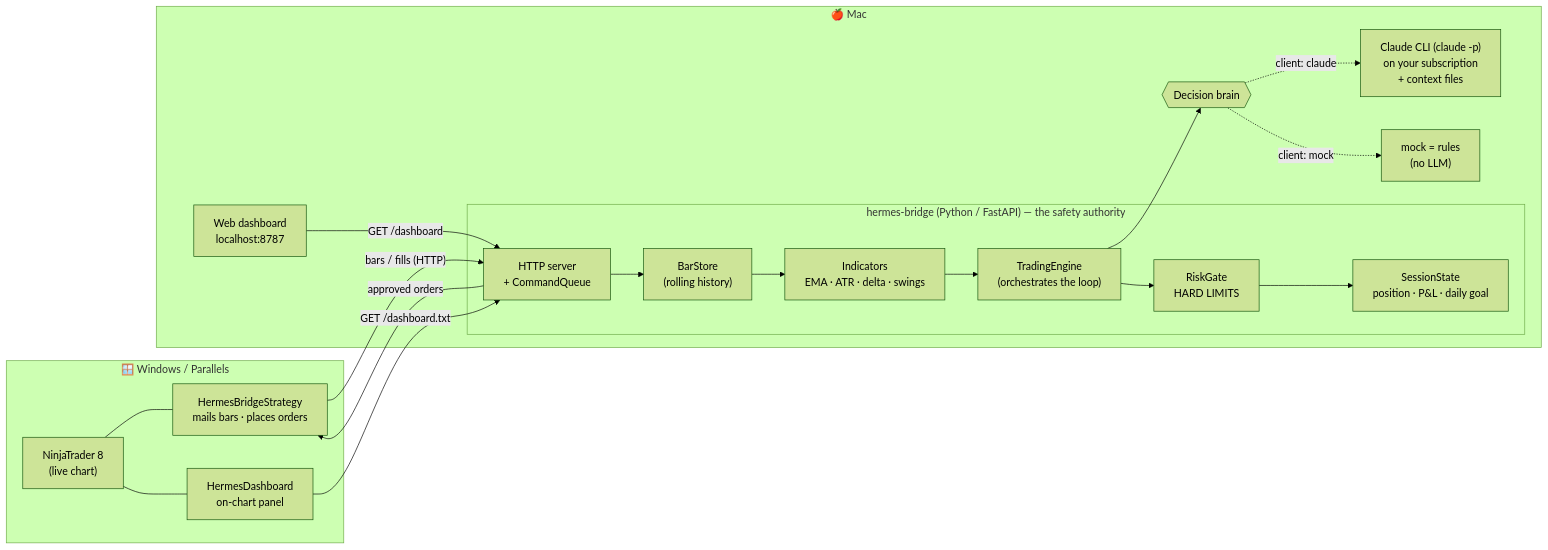
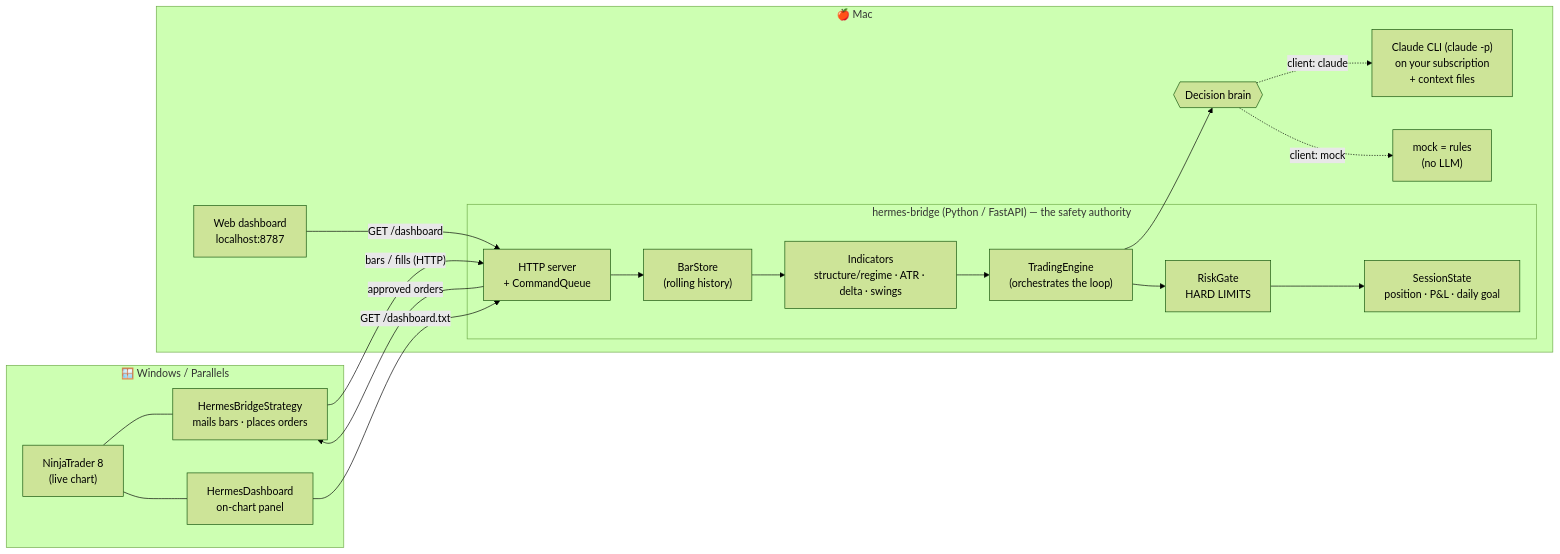
Before and after one commit to rrhodeswebdev/hermes-agent-nt: the first of 3 diagrams in docs/WALKTHROUGH.md, drawn with Mermaid (forest theme). The commit also changed other lines of this file and 40 other files, not shown here.

````diff
--- a/docs/WALKTHROUGH.md
+++ b/docs/WALKTHROUGH.md
@@ -42,35 +42,35 @@
 ```mermaid
 flowchart LR
     subgraph WIN["🪟 Windows / Parallels"]
         NT["NinjaTrader 8<br/>(live chart)"]
         STRAT["HermesBridgeStrategy<br/>mails bars · places orders"]
         PANEL["HermesDashboard<br/>on-chart panel"]
         NT --- STRAT
         NT --- PANEL
     end
 
     subgraph MAC["🍎 Mac"]
         subgraph BR["hermes-bridge (Python / FastAPI) — the safety authority"]
             SRV["HTTP server<br/>+ CommandQueue"]
             STORE["BarStore<br/>(rolling history)"]
-            IND["Indicators<br/>EMA · ATR · delta · swings"]
+            IND["Indicators<br/>structure/regime · ATR · delta · swings"]
             ENG["TradingEngine<br/>(orchestrates the loop)"]
             SESS["SessionState<br/>position · P&amp;L · daily goal"]
             RISK["RiskGate<br/>HARD LIMITS"]
         end
         BRAIN{{"Decision brain"}}
         MOCK["mock = rules<br/>(no LLM)"]
         CLAUDE["Claude CLI (claude -p)<br/>on your subscription<br/>+ context files"]
         WEB["Web dashboard<br/>localhost:8787"]
     end
 
     STRAT -- "bars / fills (HTTP)" --> SRV
     SRV -- "approved orders" --> STRAT
     SRV --> STORE --> IND --> ENG
     ENG --> BRAIN
     BRAIN -. "client: claude" .-> CLAUDE
     BRAIN -. "client: mock" .-> MOCK
     ENG --> RISK --> SESS
     PANEL -- "GET /dashboard.txt" --> SRV
     WEB -- "GET /dashboard" --> SRV
 ```
````
